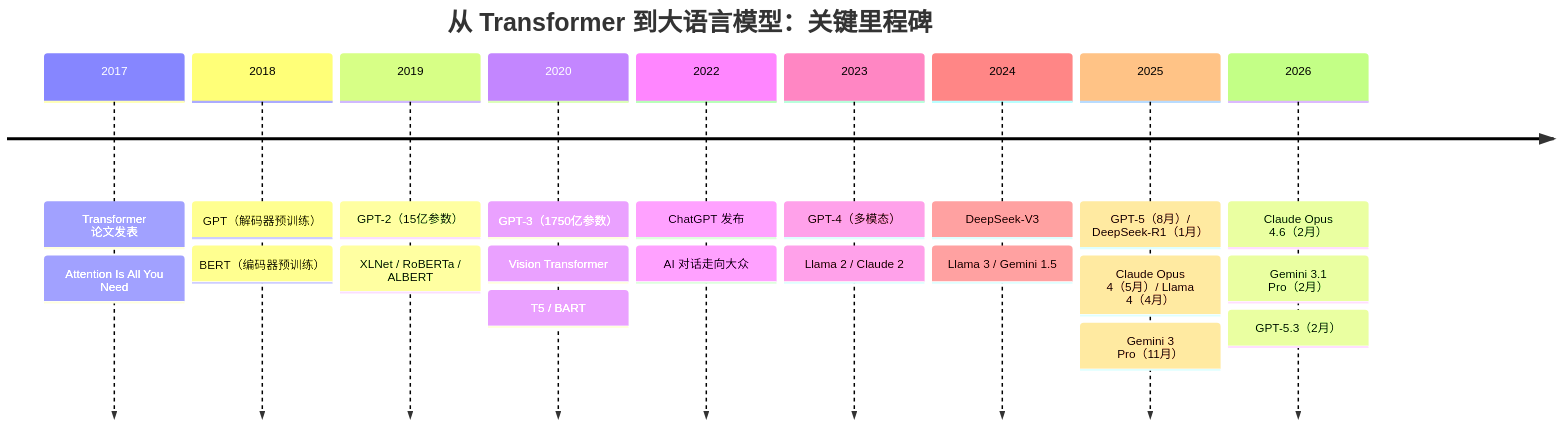
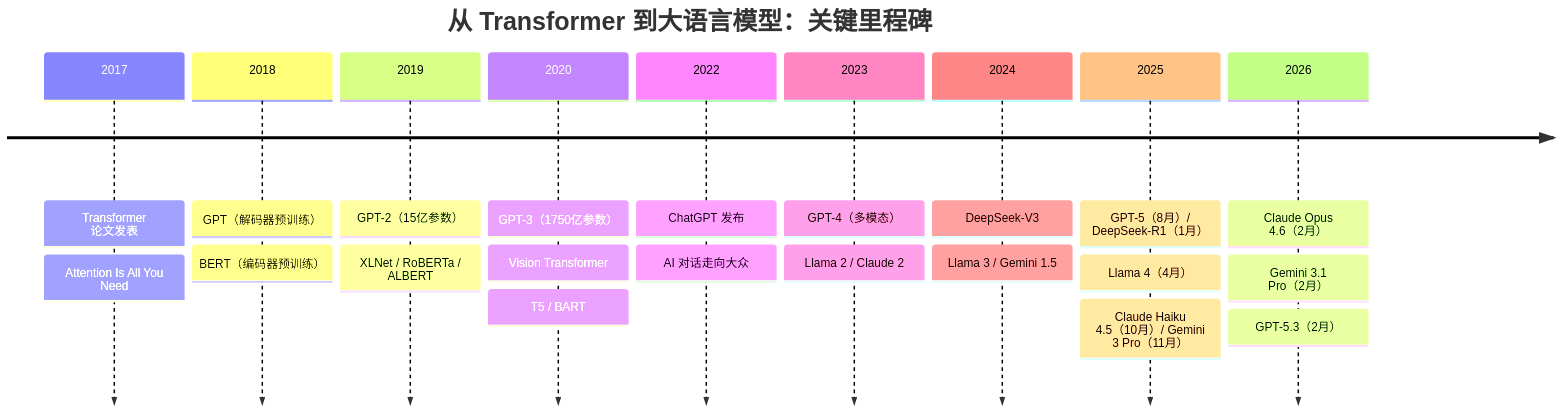
The diagram in 01_introduction/1.5_milestones.md (yeasy/llm_internals), drawn with Mermaid before and after one commit. The commit also changed other lines of this file and 7 other files, not shown here.

````diff
--- a/01_introduction/1.5_milestones.md
+++ b/01_introduction/1.5_milestones.md
@@ -5,25 +5,25 @@
 ```mermaid
 timeline
     title 从 Transformer 到大语言模型：关键里程碑
     2017 : Transformer 论文发表
          : Attention Is All You Need
     2018 : GPT（解码器预训练）
          : BERT（编码器预训练）
     2019 : GPT-2（15亿参数）
          : XLNet / RoBERTa / ALBERT
     2020 : GPT-3（1750亿参数）
          : Vision Transformer
          : T5 / BART
     2022 : ChatGPT 发布
          : AI 对话走向大众
     2023 : GPT-4（多模态）
          : Llama 2 / Claude 2
     2024 : DeepSeek-V3
          : Llama 3 / Gemini 1.5
     2025 : GPT-5（8月）/ DeepSeek-R1（1月）
-         : Claude Opus 4（5月）/ Llama 4（4月）
-         : Gemini 3 Pro（11月）
+         : Llama 4（4月）
+         : Claude Haiku 4.5（10月）/ Gemini 3 Pro（11月）
     2026 : Claude Opus 4.6（2月）
          : Gemini 3.1 Pro（2月）
          : GPT-5.3（2月）
 ```
````
